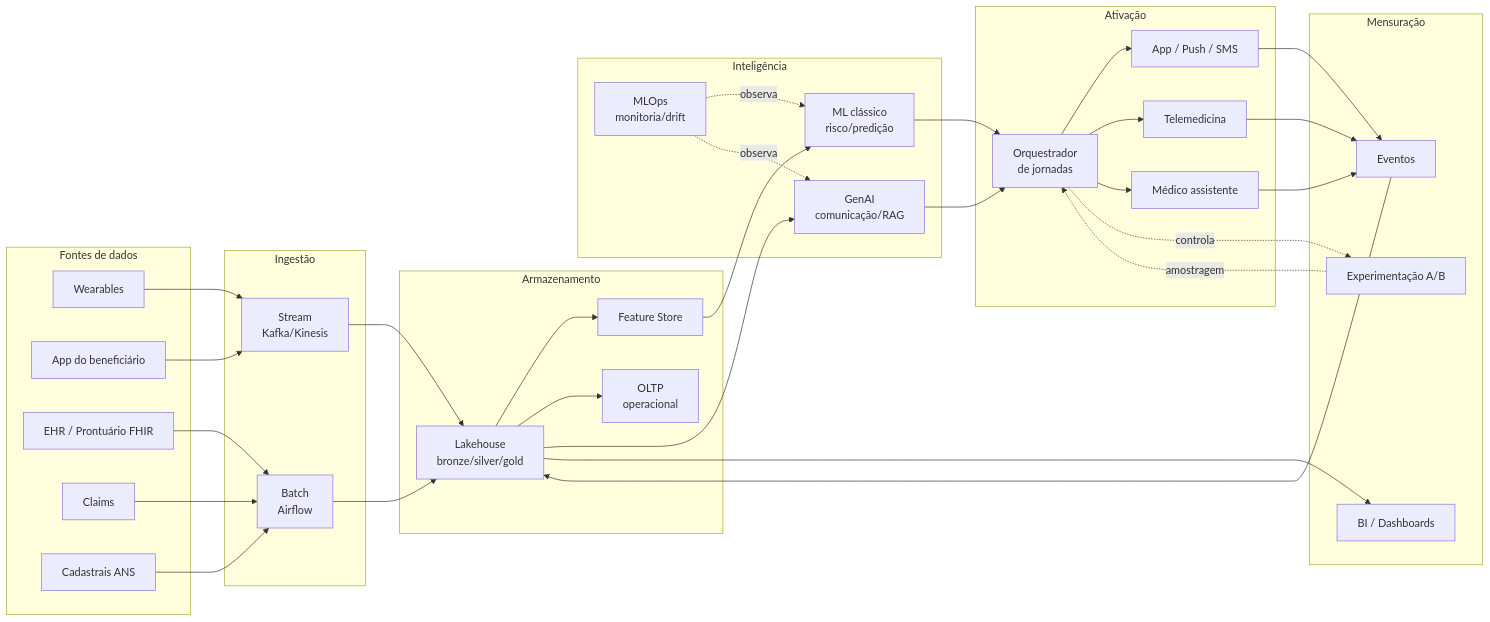
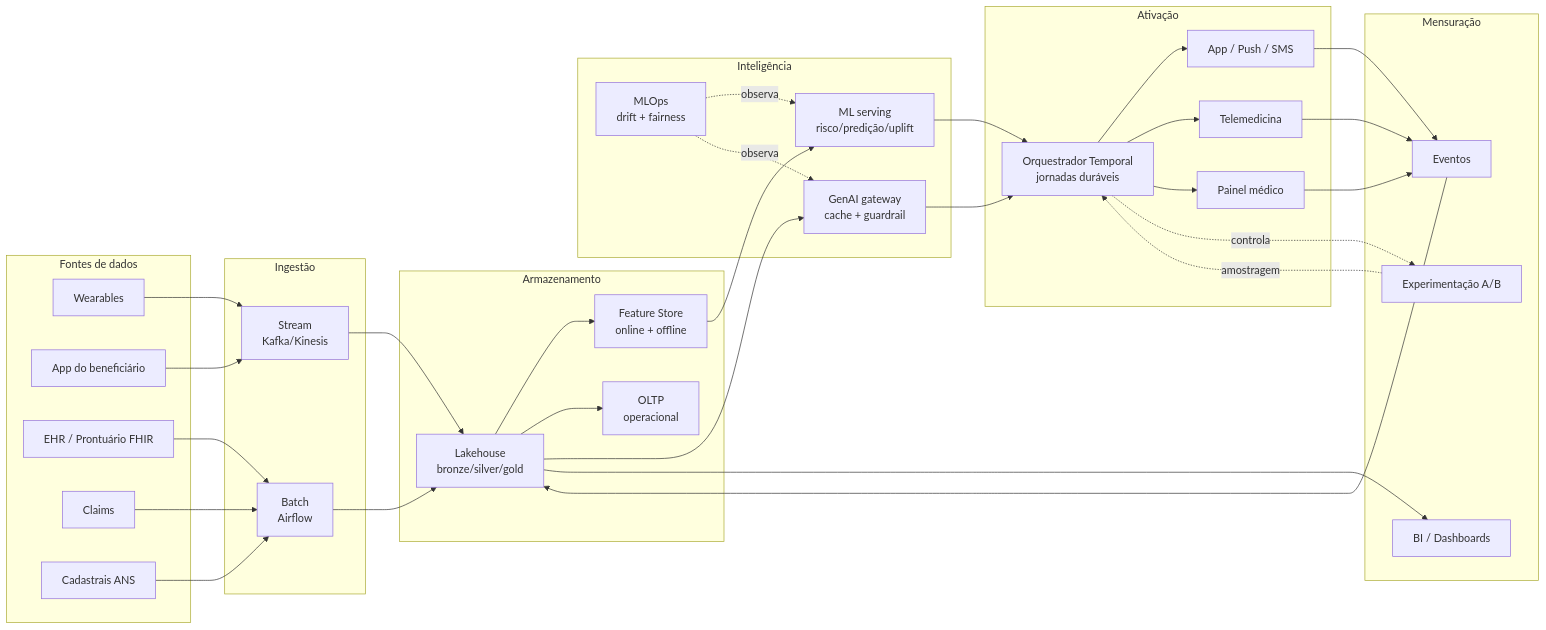
The second of 3 diagrams in docs/02-arquitetura.md (AhrendsW/hiper-personalizacao-saude), drawn with Mermaid before and after one commit. The commit also changed other lines of this file, not shown here.

````diff
--- a/docs/02-arquitetura.md
+++ b/docs/02-arquitetura.md
@@ -7,57 +73,57 @@
 ```mermaid
 flowchart LR
     subgraph FONTES[Fontes de dados]
         A1[Wearables]
         A2[App do beneficiário]
         A3[EHR / Prontuário FHIR]
         A4[Claims]
         A5[Cadastrais ANS]
     end
 
     subgraph INGEST[Ingestão]
         B1[Stream<br/>Kafka/Kinesis]
         B2[Batch<br/>Airflow]
     end
 
     subgraph STORAGE[Armazenamento]
         C1[Lakehouse<br/>bronze/silver/gold]
-        C2[Feature Store]
+        C2[Feature Store<br/>online + offline]
         C3[OLTP<br/>operacional]
     end
 
     subgraph IA[Inteligência]
-        D1[ML clássico<br/>risco/predição]
-        D2[GenAI<br/>comunicação/RAG]
-        D3[MLOps<br/>monitoria/drift]
+        D1[ML serving<br/>risco/predição/uplift]
+        D2[GenAI gateway<br/>cache + guardrail]
+        D3[MLOps<br/>drift + fairness]
     end
 
     subgraph ATIV[Ativação]
-        E1[Orquestrador<br/>de jornadas]
+        E1[Orquestrador Temporal<br/>jornadas duráveis]
         E2[App / Push / SMS]
         E3[Telemedicina]
-        E4[Médico assistente]
+        E4[Painel médico]
     end
 
     subgraph MED[Mensuração]
         F1[Eventos]
         F2[BI / Dashboards]
         F3[Experimentação A/B]
     end
 
     A1 & A2 --> B1
     A3 & A4 & A5 --> B2
     B1 & B2 --> C1
     C1 --> C2
     C1 --> C3
     C2 --> D1
     C1 --> D2
     D1 --> E1
     D2 --> E1
     D3 -.observa.-> D1 & D2
     E1 --> E2 & E3 & E4
     E2 & E3 & E4 --> F1
     F1 --> C1
     C1 --> F2
     E1 -.controla.-> F3
     F3 -.amostragem.-> E1
 ```
````
